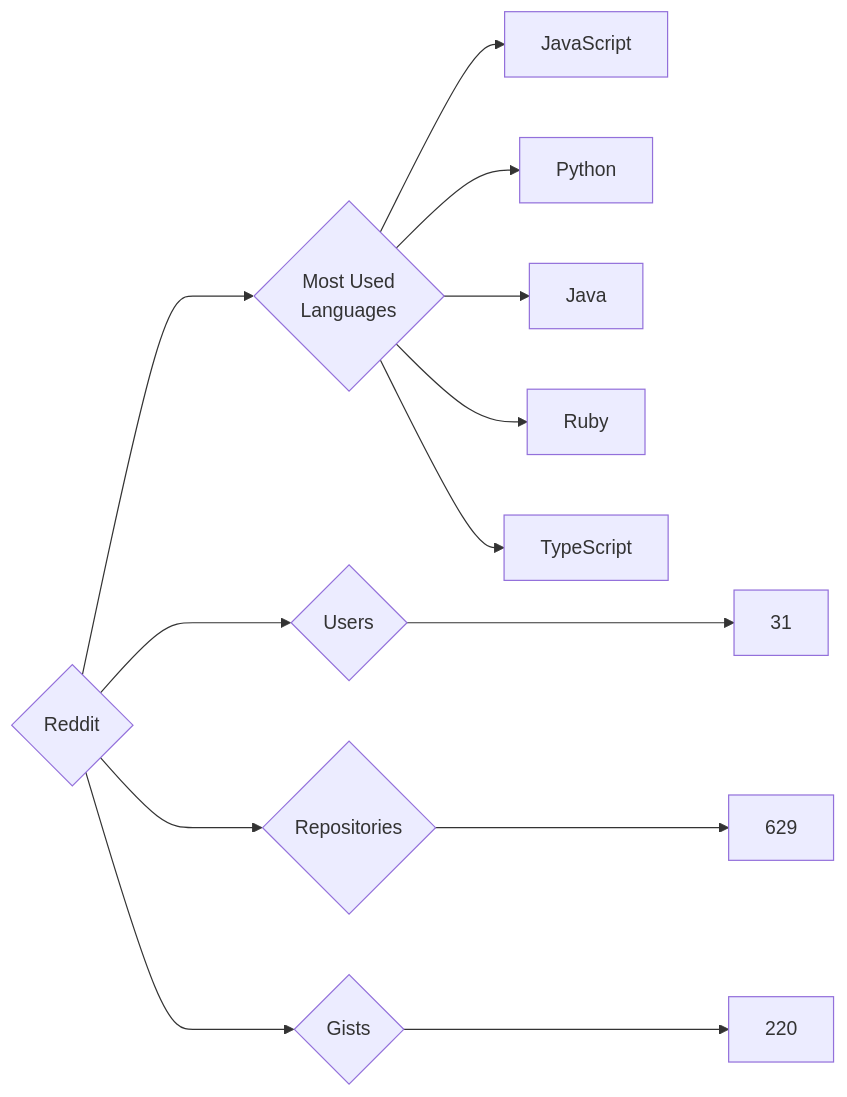
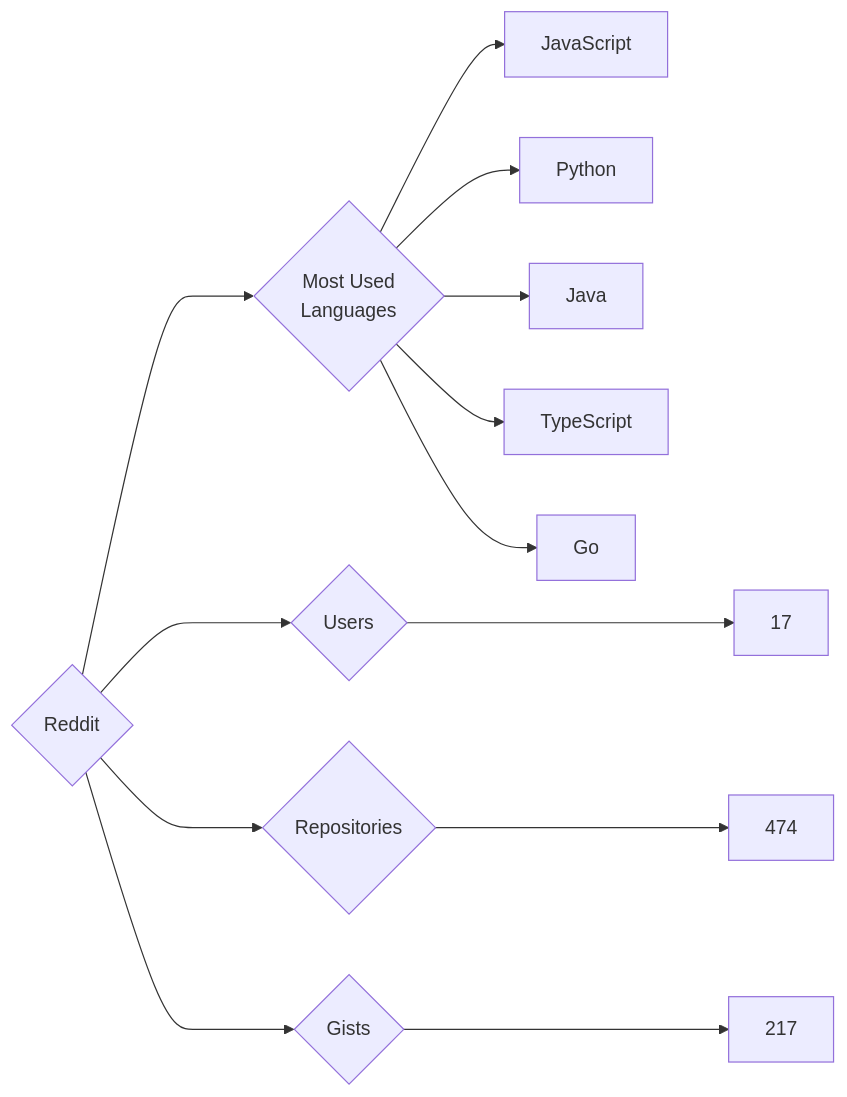
Before and after one commit to trickest/insiders: the diagram in targets/Reddit/README.md, drawn with Mermaid. The commit also changed 878 other files, not shown here.

````diff
--- a/targets/Reddit/README.md
+++ b/targets/Reddit/README.md
@@ -3,13 +3,13 @@
 ```mermaid
 graph LR
 COMPANY_NAME{Reddit}
-COMPANY_NAME ---> U{Users} ---> UN[31]
-COMPANY_NAME ---> R{Repositories} ---> RN[629]
-COMPANY_NAME ---> G{Gists} ---> GN[220]
+COMPANY_NAME ---> U{Users} ---> UN[17]
+COMPANY_NAME ---> R{Repositories} ---> RN[474]
+COMPANY_NAME ---> G{Gists} ---> GN[217]
 COMPANY_NAME ---> ML{Most Used<br>Languages}
 ML --> JavaScript[JavaScript]
 ML --> Python[Python]
 ML --> Java[Java]
-ML --> Ruby[Ruby]
 ML --> TypeScript[TypeScript]
+ML --> Go[Go]
 ```
````
